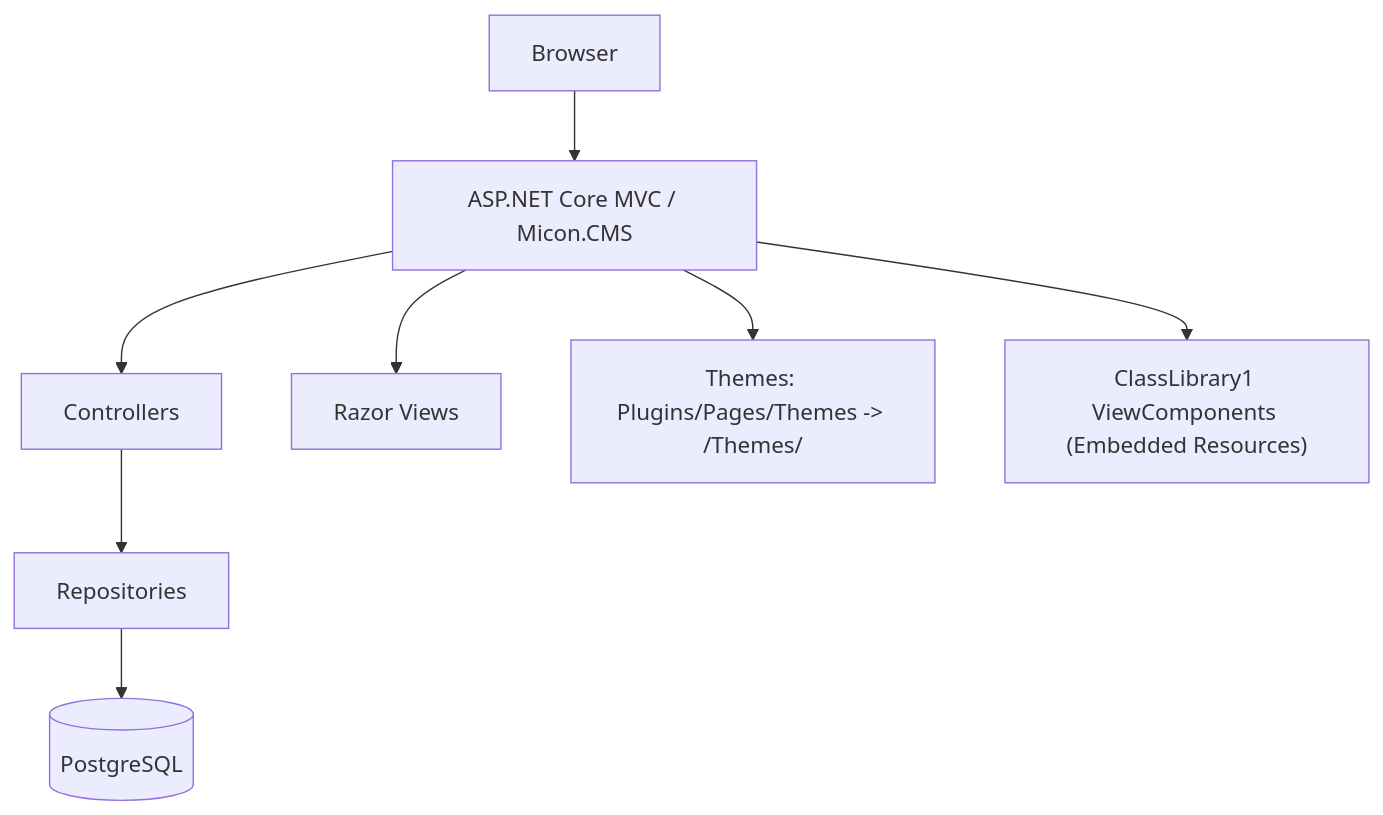
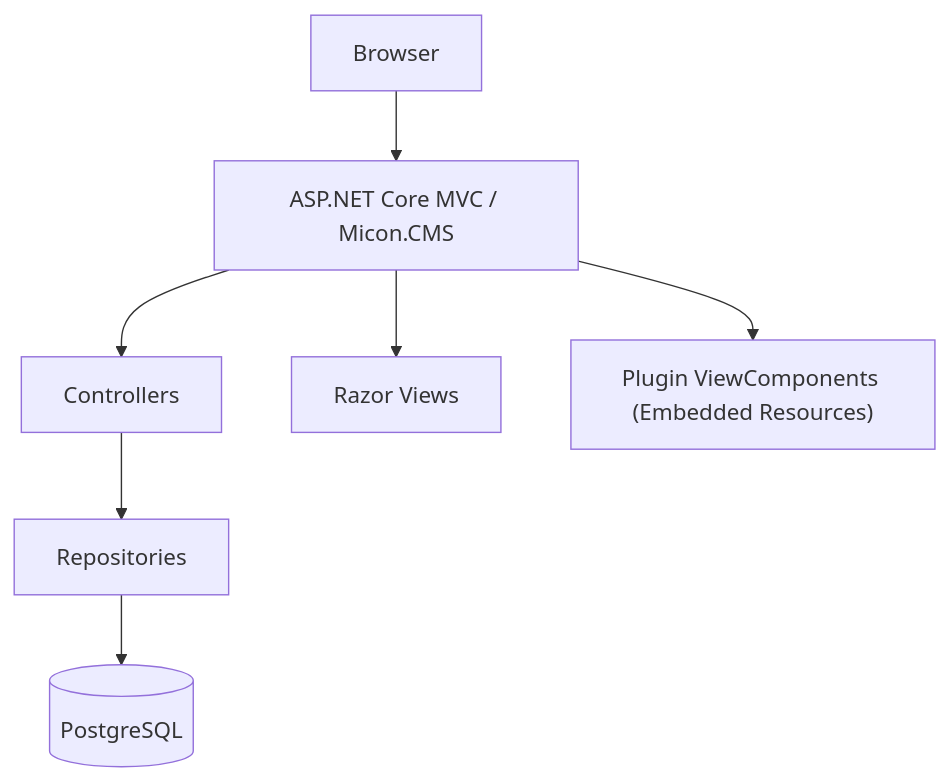
One commit to kindai-micon/Micon.CMS changed the first of 3 diagrams in README.md. Above: the diagram before and after it, drawn with Mermaid. The commit also changed other lines of this file and 1 other file, not shown here.

````diff
--- a/README.md
+++ b/README.md
@@ -49,10 +59,10 @@
 ```mermaid
 graph TD
   Browser[Browser] --> App["ASP.NET Core MVC / Micon.CMS"]
   App --> Ctrls[Controllers]
   Ctrls --> Repos[Repositories]
   Repos --> DB[(PostgreSQL)]
   App --> Views[Razor Views]
-  App --> Themes["Themes: Plugins/Pages/Themes -> /Themes/"]
-  App --> VC["ClassLibrary1 ViewComponents (Embedded Resources)"]
+  
+  App --> VC["Plugin ViewComponents (Embedded Resources)"]
 ```
````
